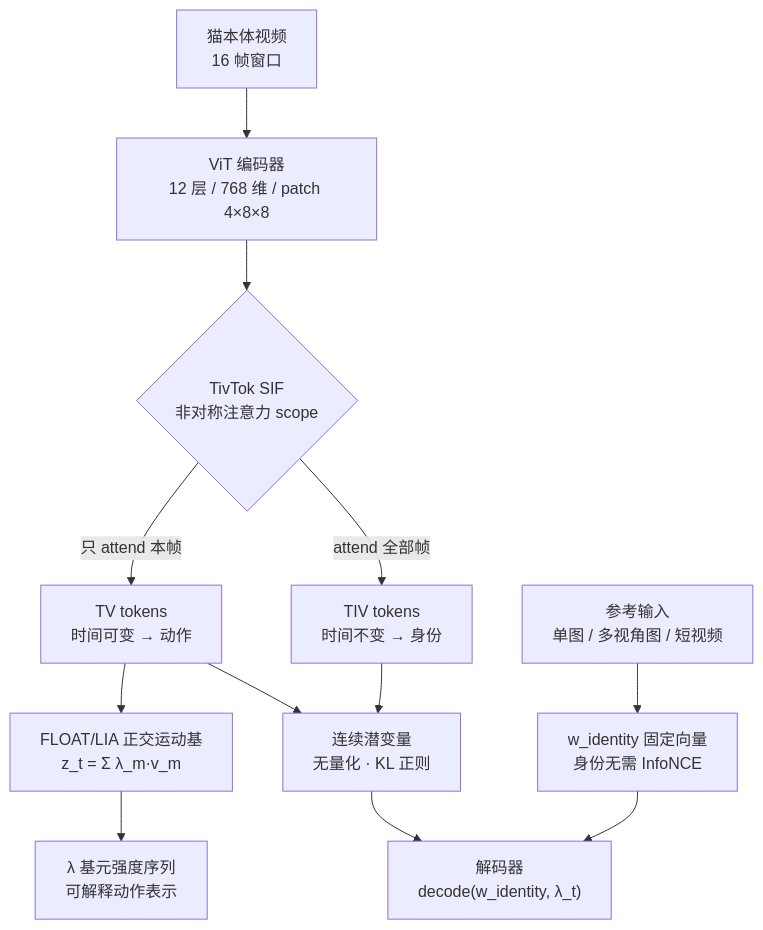
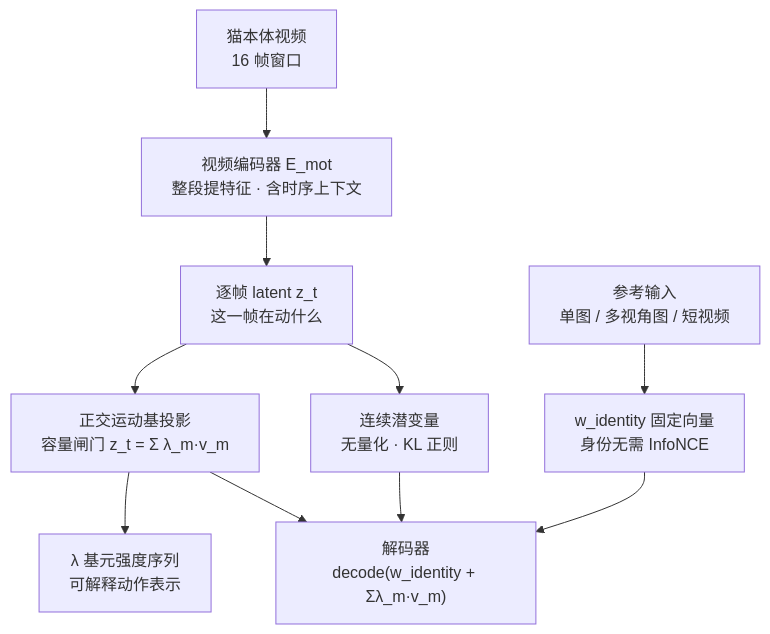
Before and after one commit to gongshangzheng/pet-action-recognition: the third of 7 diagrams in management/docs/architecture.md, drawn with Mermaid. The commit also changed other lines of this file and 5 other files, not shown here.

First line of the commit message:
design(identity): 架构主源转向 FLOAT，TivTok SIF 退出主线（整理为备档文档）

````diff
--- a/management/docs/architecture.md
+++ b/management/docs/architecture.md
@@ -151,18 +151,14 @@
 ```mermaid
 flowchart TD
-    M1[猫本体视频<br/>16 帧窗口] --> M2[ViT 编码器<br/>12 层 / 768 维 / patch 4×8×8]
-    M2 --> M3{TivTok SIF<br/>非对称注意力 scope}
+    M1[猫本体视频<br/>16 帧窗口] --> M2["视频编码器 E_mot<br/>整段提特征 · 含时序上下文"]
+    M2 --> M5[逐帧 latent z_t<br/>这一帧在动什么]
 
-    M3 -->|attend 全部帧| M4[TIV tokens<br/>时间不变 → 身份]
-    M3 -->|只 attend 本帧| M5[TV tokens<br/>时间可变 → 动作]
+    M5 --> M7["正交运动基投影<br/>容量闸门 z_t = Σ λ_m·v_m"]
+    M7 --> M8["λ 基元强度序列<br/>可解释动作表示"]
 
-    M4 --> M6[连续潜变量<br/>无量化 · KL 正则]
-    M5 --> M6
-
-    M5 --> M7[FLOAT/LIA 正交运动基<br/>z_t = Σ λ_m·v_m]
-    M7 --> M8[λ 基元强度序列<br/>可解释动作表示]
-
-    M6 --> M9["解码器<br/>decode(w_identity, λ_t)"]
+    M5 --> M6[连续潜变量<br/>无量化 · KL 正则]
+    M6 --> M9["解码器<br/>decode(w_identity + Σλ_m·v_m)"]
     R1["参考输入<br/>单图 / 多视角图 / 短视频"] --> M10["w_identity 固定向量<br/>身份无需 InfoNCE"]
     M10 --> M9
+    M7 --> M9
 ```
````
